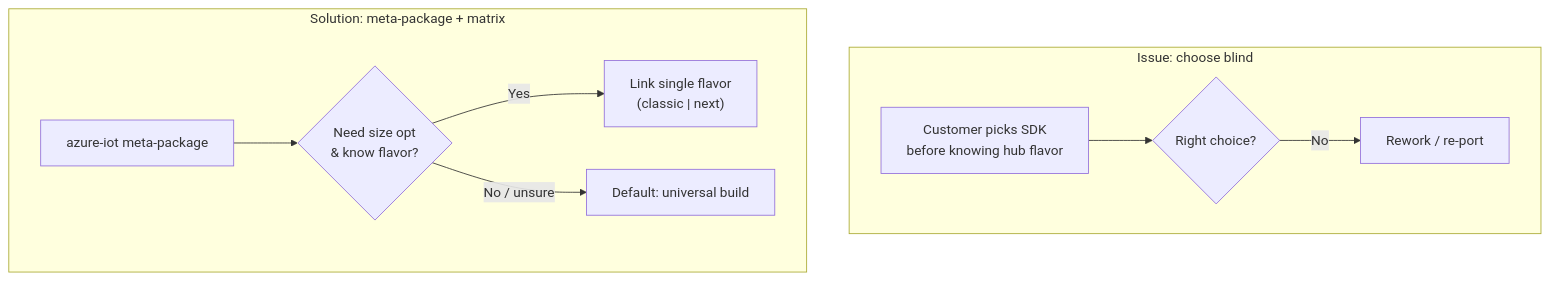
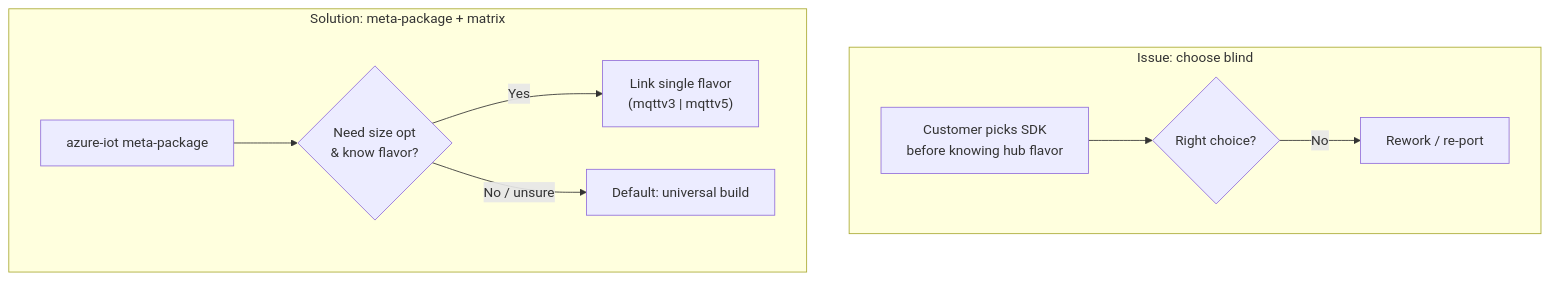
One commit to Azure/azure-iot-sdk changed the ninth of 20 diagrams in c/docs/eng/split-client.md. Above: the diagram before and after it, drawn with Mermaid. The commit also changed other lines of this file and 99 other files, not shown here.

First line of the commit message:
[C] Rename Classic/Next/AEG to MQTTv3/MQTTv5 (#274)

````diff
--- a/c/docs/eng/split-client.md
+++ b/c/docs/eng/split-client.md
@@ -346,19 +346,19 @@
 ```mermaid
 flowchart TB
     subgraph ISSUE["Issue: choose blind"]
         C1["Customer picks SDK<br/>before knowing hub flavor"]
         C2{"Right choice?"}
         C3["Rework / re-port"]
         C1 --> C2 -- "No" --> C3
     end
 
     subgraph FIX["Solution: meta-package + matrix"]
         M1["azure-iot meta-package"]
         M2{"Need size opt<br/>& know flavor?"}
-        M3["Link single flavor<br/>(classic | next)"]
+        M3["Link single flavor<br/>(mqttv3 | mqttv5)"]
         M4["Default: universal build"]
         M1 --> M2
         M2 -- "Yes" --> M3
         M2 -- "No / unsure" --> M4
     end
 ```
````
